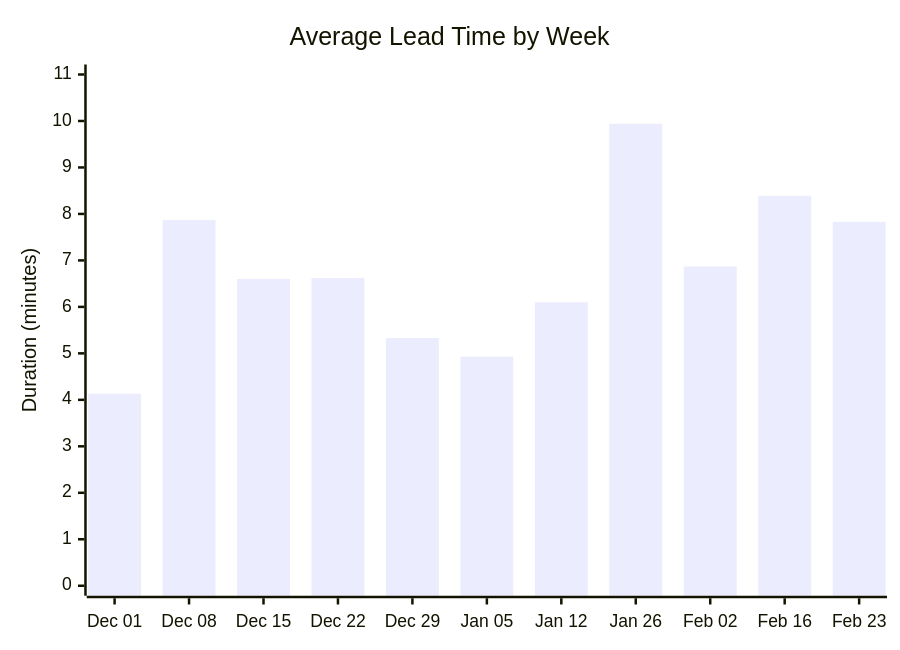
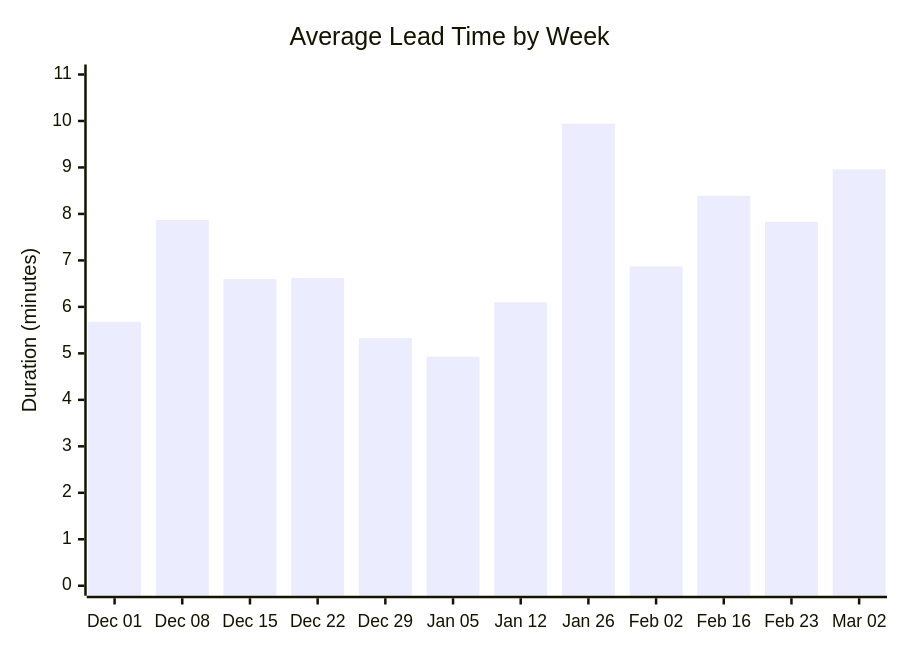
Before and after one commit to ukma-cs-ssdm-2025/rate-ukma: the second of 4 diagrams in docs/ci-cd/dora-summary.md, drawn with Mermaid. The commit also changed other lines of this file, not shown here.

````diff
--- a/docs/ci-cd/dora-summary.md
+++ b/docs/ci-cd/dora-summary.md
@@ -26,7 +30,7 @@
 ```mermaid
 xychart-beta
     title "Average Lead Time by Week"
-    x-axis ["Dec 01", "Dec 08", "Dec 15", "Dec 22", "Dec 29", "Jan 05", "Jan 12", "Jan 26", "Feb 02", "Feb 16", "Feb 23"]
+    x-axis ["Dec 01", "Dec 08", "Dec 15", "Dec 22", "Dec 29", "Jan 05", "Jan 12", "Jan 26", "Feb 02", "Feb 16", "Feb 23", "Mar 02"]
     y-axis "Duration (minutes)" 0 --> 11
-    bar [4.13, 7.87, 6.60, 6.62, 5.33, 4.93, 6.10, 9.94, 6.87, 8.39, 7.83]
+    bar [5.68, 7.87, 6.60, 6.62, 5.33, 4.93, 6.10, 9.94, 6.87, 8.39, 7.83, 8.96]
 ```
````
